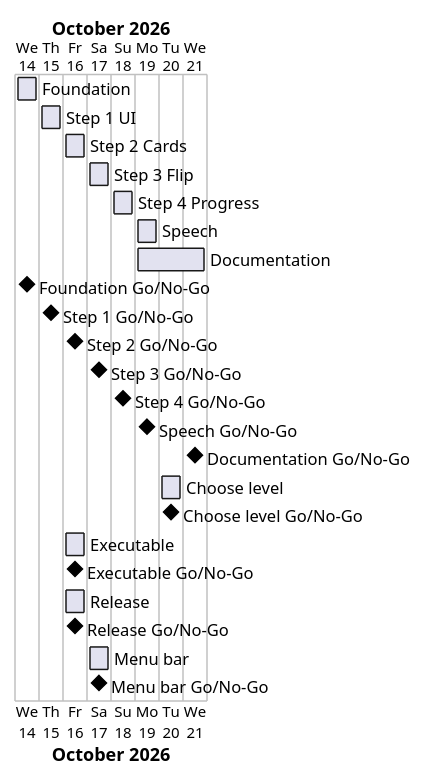
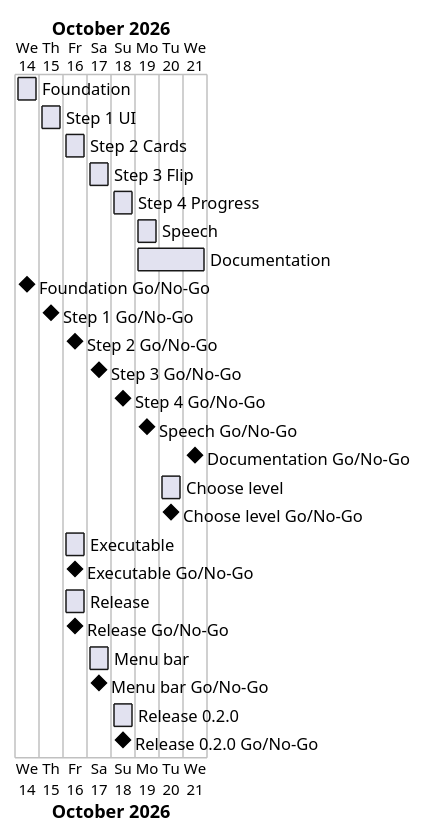
One commit to Tirsvad-Udemy-100-days-of-code/031-flash-card changed the diagram in docs/project-plan.md. Above: the diagram before and after it, drawn with PlantUML. The commit also changed other lines of this file and 9 other files, not shown here.

````diff
--- a/docs/project-plan.md
+++ b/docs/project-plan.md
@@ -47,27 +48,29 @@
 ```plantuml
 @startgantt
 Project starts 2026-10-14
 [Foundation] starts 2026-10-14 and ends 2026-10-14
 [Step 1 UI] starts 2026-10-15 and ends 2026-10-15
 [Step 2 Cards] starts 2026-10-16 and ends 2026-10-16
 [Step 3 Flip] starts 2026-10-17 and ends 2026-10-17
 [Step 4 Progress] starts 2026-10-18 and ends 2026-10-18
 [Speech] starts 2026-10-19 and ends 2026-10-19
 [Documentation] starts 2026-10-19 and ends 2026-10-21
 [Foundation Go/No-Go] happens 2026-10-14
 [Step 1 Go/No-Go] happens 2026-10-15
 [Step 2 Go/No-Go] happens 2026-10-16
 [Step 3 Go/No-Go] happens 2026-10-17
 [Step 4 Go/No-Go] happens 2026-10-18
 [Speech Go/No-Go] happens 2026-10-19
 [Documentation Go/No-Go] happens 2026-10-21
 [Choose level] starts 2026-10-20 and ends 2026-10-20
 [Choose level Go/No-Go] happens 2026-10-20
 [Executable] starts 2026-10-16 and ends 2026-10-16
 [Executable Go/No-Go] happens 2026-10-16
 [Release] starts 2026-10-16 and ends 2026-10-16
 [Release Go/No-Go] happens 2026-10-16
 [Menu bar] starts 2026-10-17 and ends 2026-10-17
 [Menu bar Go/No-Go] happens 2026-10-17
+[Release 0.2.0] starts 2026-10-18 and ends 2026-10-18
+[Release 0.2.0 Go/No-Go] happens 2026-10-18
 @endgantt
 ```
````
